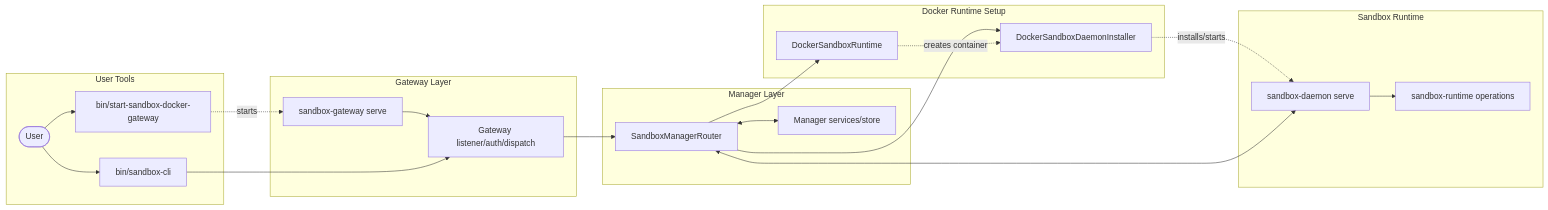
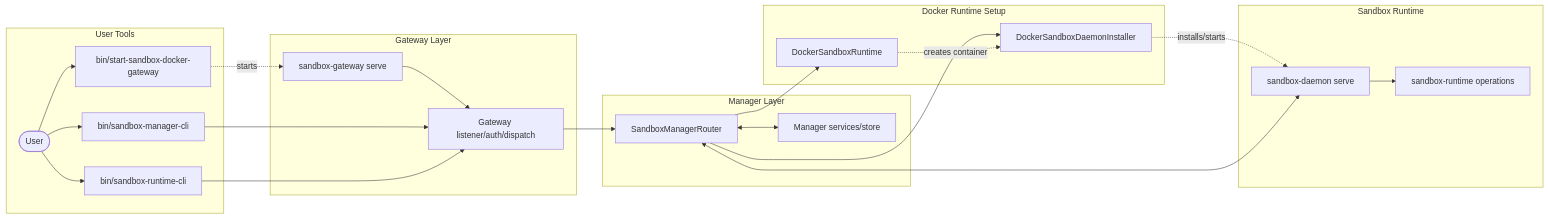
Before and after one commit to Ephemeral-AI-Lab/ephemeral-os: the first of 5 diagrams in docs/obsidian/ephemeral-os/docs/cli-gateway-manager-runtime.md, drawn with Mermaid. The commit also changed other lines of this file and 57 other files, not shown here.

````diff
--- a/docs/obsidian/ephemeral-os/docs/cli-gateway-manager-runtime.md
+++ b/docs/obsidian/ephemeral-os/docs/cli-gateway-manager-runtime.md
@@ -20,44 +22,47 @@
 ```mermaid
 flowchart LR
     subgraph UserTools["User Tools"]
         User([User])
         Start["bin/start-sandbox-docker-gateway"]
-        CLI["bin/sandbox-cli"]
+        ManagerCLI["bin/sandbox-manager-cli"]
+        RuntimeCLI["bin/sandbox-runtime-cli"]
     end
 
     subgraph GatewayLayer["Gateway Layer"]
         GatewayServe["sandbox-gateway serve"]
         GatewayDispatch["Gateway listener/auth/dispatch"]
     end
 
     subgraph ManagerLayer["Manager Layer"]
         Router["SandboxManagerRouter"]
         Services["Manager services/store"]
     end
 
     subgraph DockerRuntimeSetup["Docker Runtime Setup"]
         DockerRuntime["DockerSandboxRuntime"]
         Installer["DockerSandboxDaemonInstaller"]
     end
 
     subgraph SandboxRuntime["Sandbox Runtime"]
         Daemon["sandbox-daemon serve"]
         RuntimeOps["sandbox-runtime operations"]
     end
 
     User --> Start
-    User --> CLI
+    User --> ManagerCLI
+    User --> RuntimeCLI
     Start -. starts .-> GatewayServe
     GatewayServe --> GatewayDispatch
-    CLI --> GatewayDispatch
+    ManagerCLI --> GatewayDispatch
+    RuntimeCLI --> GatewayDispatch
 
     GatewayDispatch --> Router
     Router <--> Services
     Router --> DockerRuntime
     Router --> Installer
 
     DockerRuntime -. creates container .-> Installer
     Installer -. installs/starts .-> Daemon
     Router <--> Daemon
     Daemon --> RuntimeOps
 ```
````
